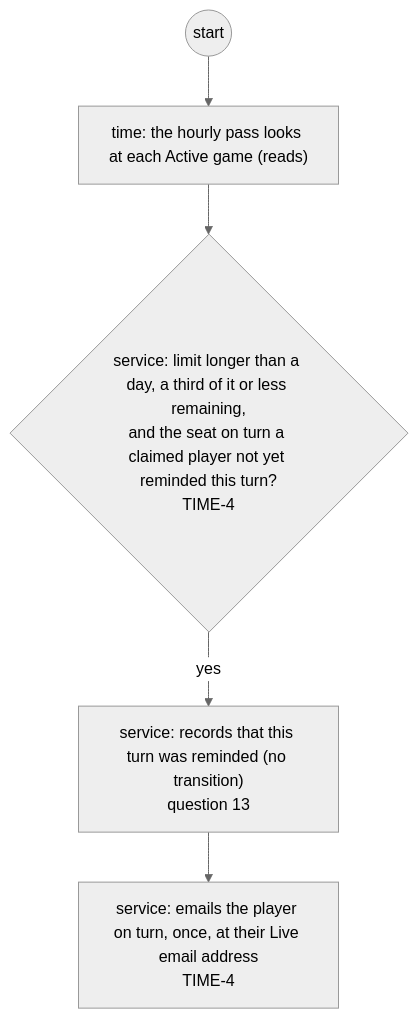
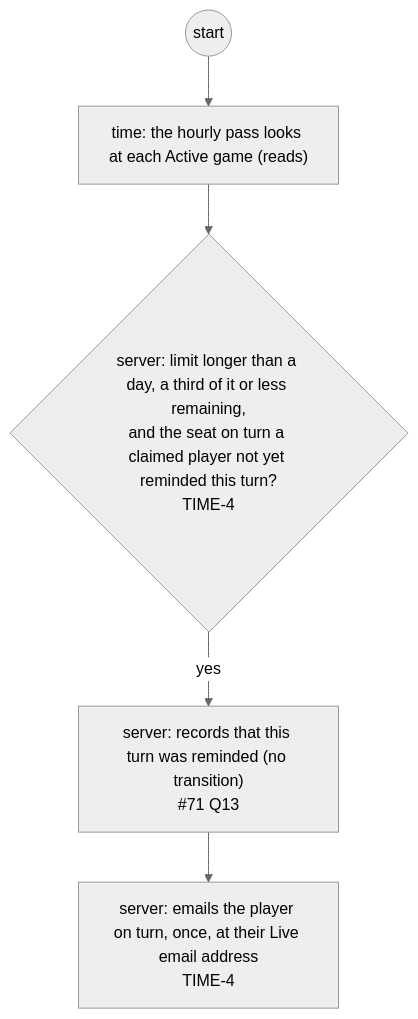
Diagram 20 of 29 in docs/changes/workstreams/application-game-architecture/71-one-game-model/71-functional.md (delphside/programme), drawn with Mermaid (neutral theme) before and after one commit. The commit also changed other lines of this file, not shown here.

First line of the commit message:
app 0.9.2 api 2.16: 71: Tile Lite Elite Server, server steps, and question references name #71

````diff
--- a/docs/changes/workstreams/application-game-architecture/71-one-game-model/71-functional.md
+++ b/docs/changes/workstreams/application-game-architecture/71-one-game-model/71-functional.md
@@ -363,7 +363,7 @@
 ```mermaid
 flowchart TD
   s0((start)) --> t0["time: the hourly pass looks at each Active game (reads)"]
-  t0 --> v1{"service: limit longer than a day, a third of it or less remaining,<br/>and the seat on turn a claimed player not yet reminded this turn?<br/>TIME-4"}
-  v1 -- yes --> t1["service: records that this turn was reminded (no transition)<br/>question 13"]
-  t1 --> t2["service: emails the player on turn, once, at their Live email address<br/>TIME-4"]
+  t0 --> v1{"server: limit longer than a day, a third of it or less remaining,<br/>and the seat on turn a claimed player not yet reminded this turn?<br/>TIME-4"}
+  v1 -- yes --> t1["server: records that this turn was reminded (no transition)<br/>#71 Q13"]
+  t1 --> t2["server: emails the player on turn, once, at their Live email address<br/>TIME-4"]
 ```
````
